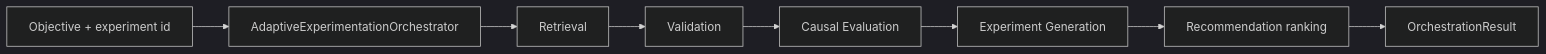
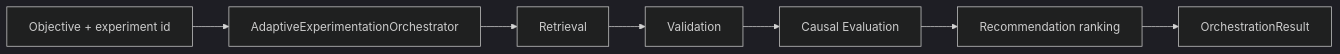
Before and after one commit to anushkamathur14-cloud/Dell-Capstone: the first of 2 diagrams in docs/agent_architecture.md, drawn with Mermaid (dark theme). The commit also changed other lines of this file and 9 other files, not shown here.

````diff
--- a/docs/agent_architecture.md
+++ b/docs/agent_architecture.md
@@ -35,10 +39,9 @@
 ```mermaid
 flowchart LR
   U[Objective + experiment id] --> O[AdaptiveExperimentationOrchestrator]
   O --> R[Retrieval]
   R --> V[Validation]
   V --> E[Causal Evaluation]
-  E --> G[Experiment Generation]
-  G --> Rank[Recommendation ranking]
+  E --> Rank[Recommendation ranking]
   Rank --> Out[OrchestrationResult]
 ```
````
